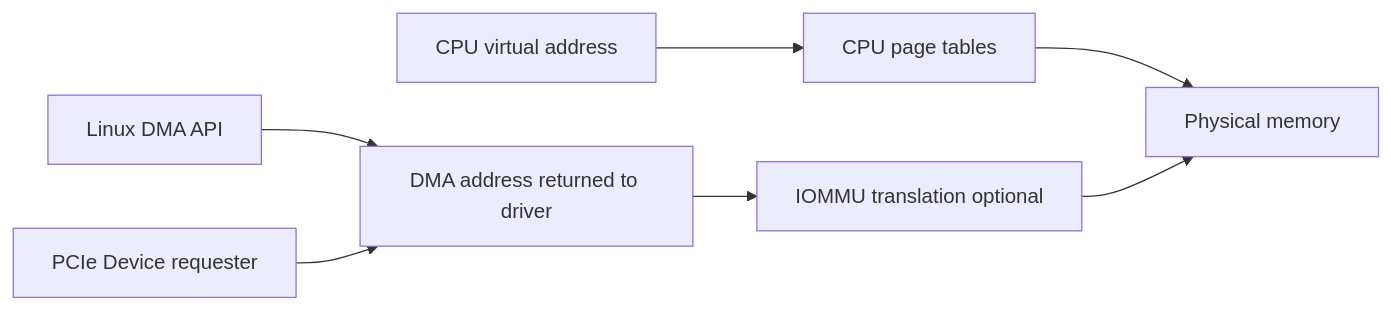
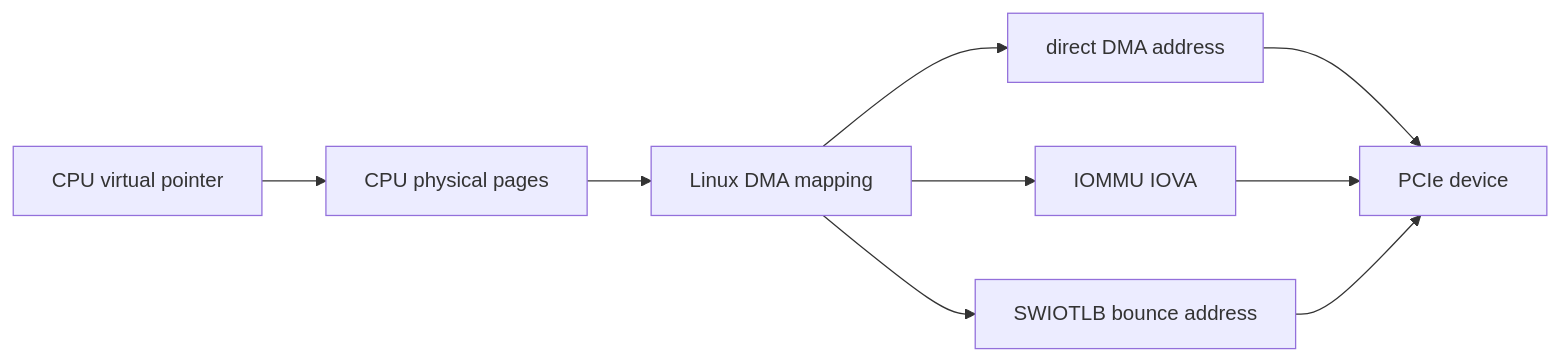
The first of 3 diagrams in docs/articles/pcie/pci-08-dma-api-memory-order.md (cdragon-ljl/EEandEdgeAI), drawn with Mermaid before and after one commit. The commit also changed other lines of this file and 4 other files, not shown here.

Commit message:
docs: rebuild PCIe interrupt and DMA path

````diff
--- a/docs/articles/pcie/pci-08-dma-api-memory-order.md
+++ b/docs/articles/pcie/pci-08-dma-api-memory-order.md
@@ -20,9 +21,11 @@
 ```mermaid
 flowchart LR
-    CPUVA[CPU virtual address] --> MMU[CPU page tables]
-    MMU --> PA[Physical memory]
-    DRIVER[Linux DMA API] --> DMAADDR[DMA address returned to driver]
-    DMAADDR --> IOMMU[IOMMU translation optional]
-    IOMMU --> PA
-    DEV[PCIe Device requester] --> DMAADDR
+    CPUVA[CPU virtual pointer] --> PAGE[CPU physical pages]
+    PAGE --> DMAAPI[Linux DMA mapping]
+    DMAAPI --> DIRECT[direct DMA address]
+    DMAAPI --> IOMMU[IOMMU IOVA]
+    DMAAPI --> BOUNCE[SWIOTLB bounce address]
+    DIRECT --> DEV[PCIe device]
+    IOMMU --> DEV
+    BOUNCE --> DEV
 ```
````
